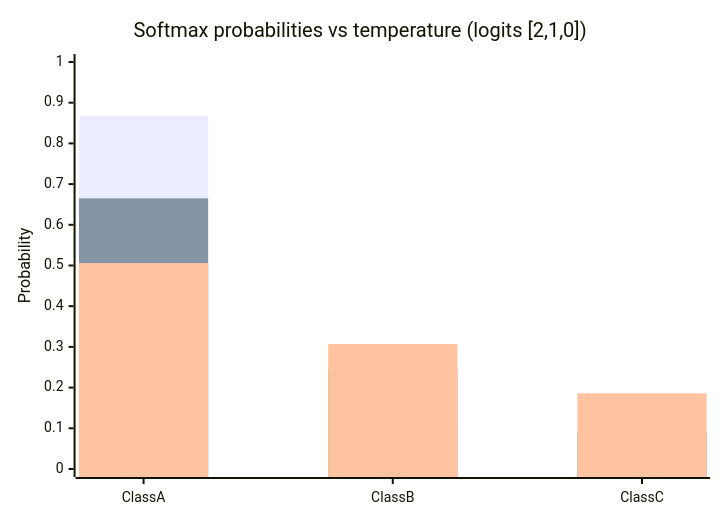
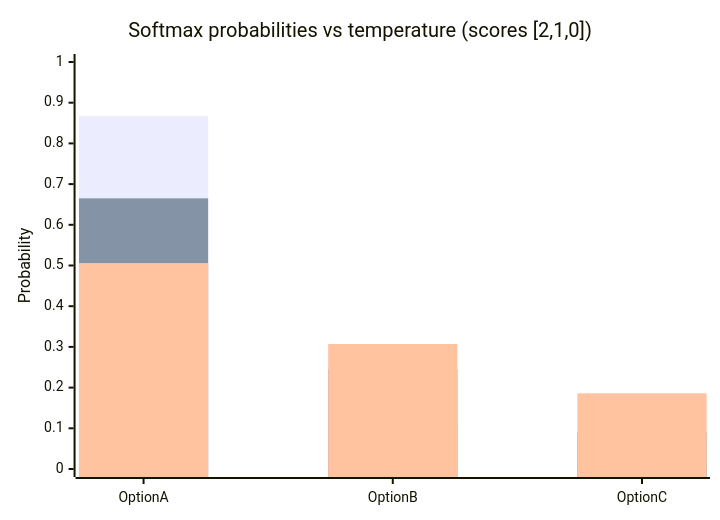
Before and after one commit to Donner886/Deep-learning: the diagram in Calculus/Softmax.md, drawn with Mermaid. The commit also changed other lines of this file and 56 other files, not shown here.

Commit message:
Sequence models - W1A

````diff
--- a/Calculus/Softmax.md
+++ b/Calculus/Softmax.md
@@ -71,9 +134,9 @@
 ```mermaid
 xychart-beta
-    title "Softmax probabilities vs temperature (logits [2,1,0])"
-    x-axis [Class A, Class B, Class C]
+    title "Softmax probabilities vs temperature (scores [2,1,0])"
+    x-axis [Option A, Option B, Option C]
     y-axis "Probability" 0 --> 1
-    bar "T = 0.5 (sharp)" [0.867, 0.117, 0.016]
-    bar "T = 1.0 (baseline)" [0.665, 0.245, 0.090]
-    bar "T = 2.0 (flat)" [0.506, 0.307, 0.186]
+    bar "T = 0.5" [0.867, 0.117, 0.016]
+    bar "T = 1.0" [0.665, 0.245, 0.090]
+    bar "T = 2.0" [0.506, 0.307, 0.186]
 ```
````
